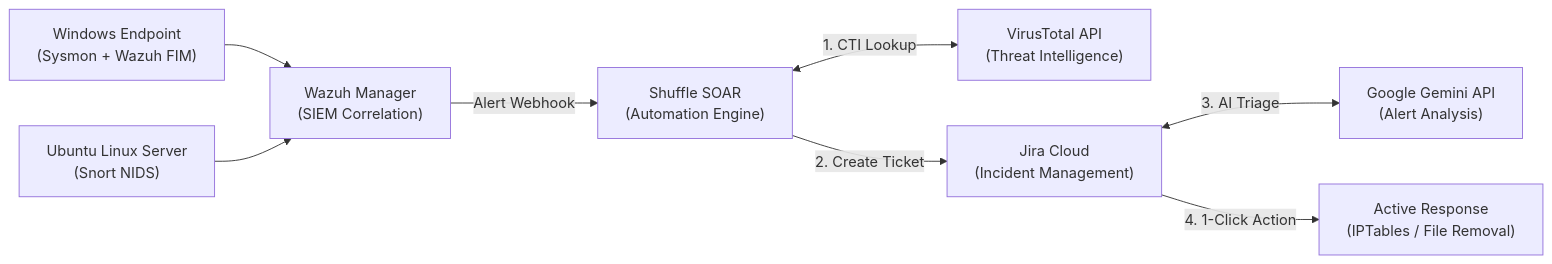
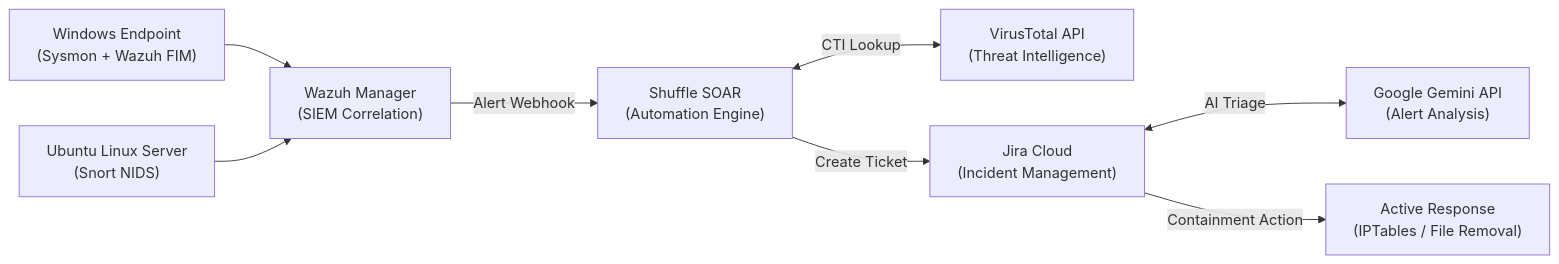
The diagram in README.md (mikeH1fsd/soc-soar-ai-lab), drawn with Mermaid before and after one commit. The commit also changed other lines of this file and 4 other files, not shown here.

Commit message:
docs: remove sequence numbers from architecture diagram and refine AI terminology

````diff
--- a/README.md
+++ b/README.md
@@ -25,17 +25,17 @@
 ```mermaid
 flowchart LR
-    %% 1. Telemetry & Sensors
+    %% Telemetry & Sensors
     WIN["Windows Endpoint<br/>(Sysmon + Wazuh FIM)"] --> WAZUH["Wazuh Manager<br/>(SIEM Correlation)"]
     UBU["Ubuntu Linux Server<br/>(Snort NIDS)"] --> WAZUH
 
-    %% 2. SIEM to SOAR
+    %% SIEM to SOAR
     WAZUH -->|Alert Webhook| SHUFFLE["Shuffle SOAR<br/>(Automation Engine)"]
 
-    %% 3. SOAR to CTI & Jira
-    SHUFFLE <-->|1. CTI Lookup| VT["VirusTotal API<br/>(Threat Intelligence)"]
-    SHUFFLE -->|2. Create Ticket| JIRA["Jira Cloud<br/>(Incident Management)"]
+    %% SOAR to CTI & Jira
+    SHUFFLE <-->|CTI Lookup| VT["VirusTotal API<br/>(Threat Intelligence)"]
+    SHUFFLE -->|Create Ticket| JIRA["Jira Cloud<br/>(Incident Management)"]
 
-    %% 4. Jira to AI & Response
-    JIRA <-->|3. AI Triage| GEMINI["Google Gemini API<br/>(Alert Analysis)"]
-    JIRA -->|4. 1-Click Action| AR["Active Response<br/>(IPTables / File Removal)"]
+    %% Jira to AI & Response
+    JIRA <-->|AI Triage| GEMINI["Google Gemini API<br/>(Alert Analysis)"]
+    JIRA -->|Containment Action| AR["Active Response<br/>(IPTables / File Removal)"]
 ```
````
